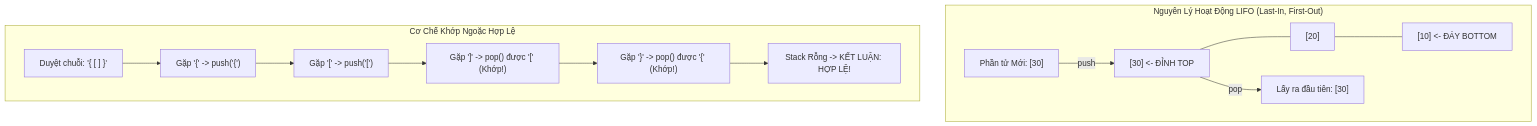
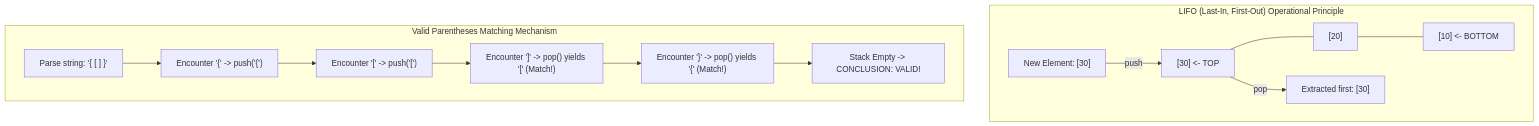
Before and after one commit to ga2631/ga2631.github.io: the diagram in src/data/blog/en/50-2026-06-18-data-structure-stack-lifo-callstack-cpp.md, drawn with Mermaid. The commit also changed other lines of this file and 74 other files, not shown here.

````diff
--- a/src/data/blog/en/50-2026-06-18-data-structure-stack-lifo-callstack-cpp.md
+++ b/src/data/blog/en/50-2026-06-18-data-structure-stack-lifo-callstack-cpp.md
@@ -52,17 +52,17 @@
 ```mermaid
 flowchart TD
-    subgraph StackLIFO ["Nguyên Lý Hoạt Động LIFO (Last-In, First-Out)"]
-        In["Phần tử Mới: [30]"] -->|push| S3["[30] <- ĐỈNH TOP"]
+    subgraph StackLIFO ["LIFO (Last-In, First-Out) Operational Principle"]
+        In["New Element: [30]"] -->|push| S3["[30] <- TOP"]
         S3 --- S2["[20]"]
-        S2 --- S1["[10] <- ĐÁY BOTTOM"]
-        S3 -->|pop| Out["Lấy ra đầu tiên: [30]"]
+        S2 --- S1["[10] <- BOTTOM"]
+        S3 -->|pop| Out["Extracted first: [30]"]
     end
 
-    subgraph ParenthesesCheck ["Cơ Chế Khớp Ngoặc Hợp Lệ"]
-        Str["Duyệt chuỗi: '{ [ ] }'"] --> P1["Gặp '{' -> push('{')"]
-        P1 --> P2["Gặp '[' -> push('[')"]
-        P2 --> P3["Gặp ']' -> pop() được '[' (Khớp!)"]
-        P3 --> P4["Gặp '}' -> pop() được '{' (Khớp!)"]
-        P4 --> Done["Stack Rỗng -> KẾT LUẬN: HỢP LỆ!"]
+    subgraph ParenthesesCheck ["Valid Parentheses Matching Mechanism"]
+        Str["Parse string: '{ [ ] }'"] --> P1["Encounter '{' -> push('{')"]
+        P1 --> P2["Encounter '[' -> push('[')"]
+        P2 --> P3["Encounter ']' -> pop() yields '[' (Match!)"]
+        P3 --> P4["Encounter '}' -> pop() yields '{' (Match!)"]
+        P4 --> Done["Stack Empty -> CONCLUSION: VALID!"]
     end
 ```
````
